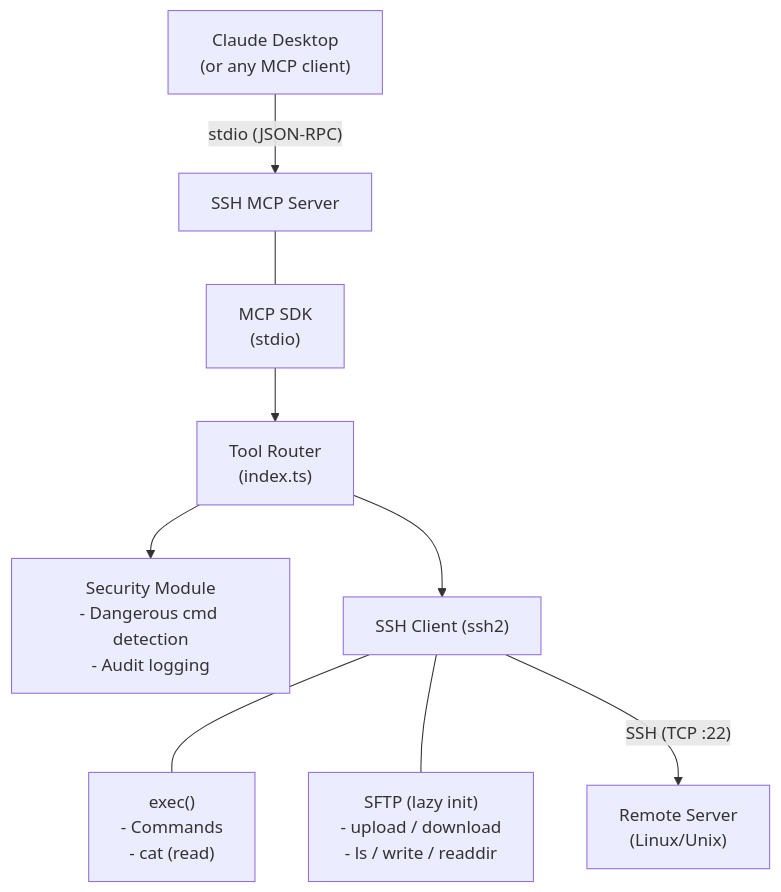
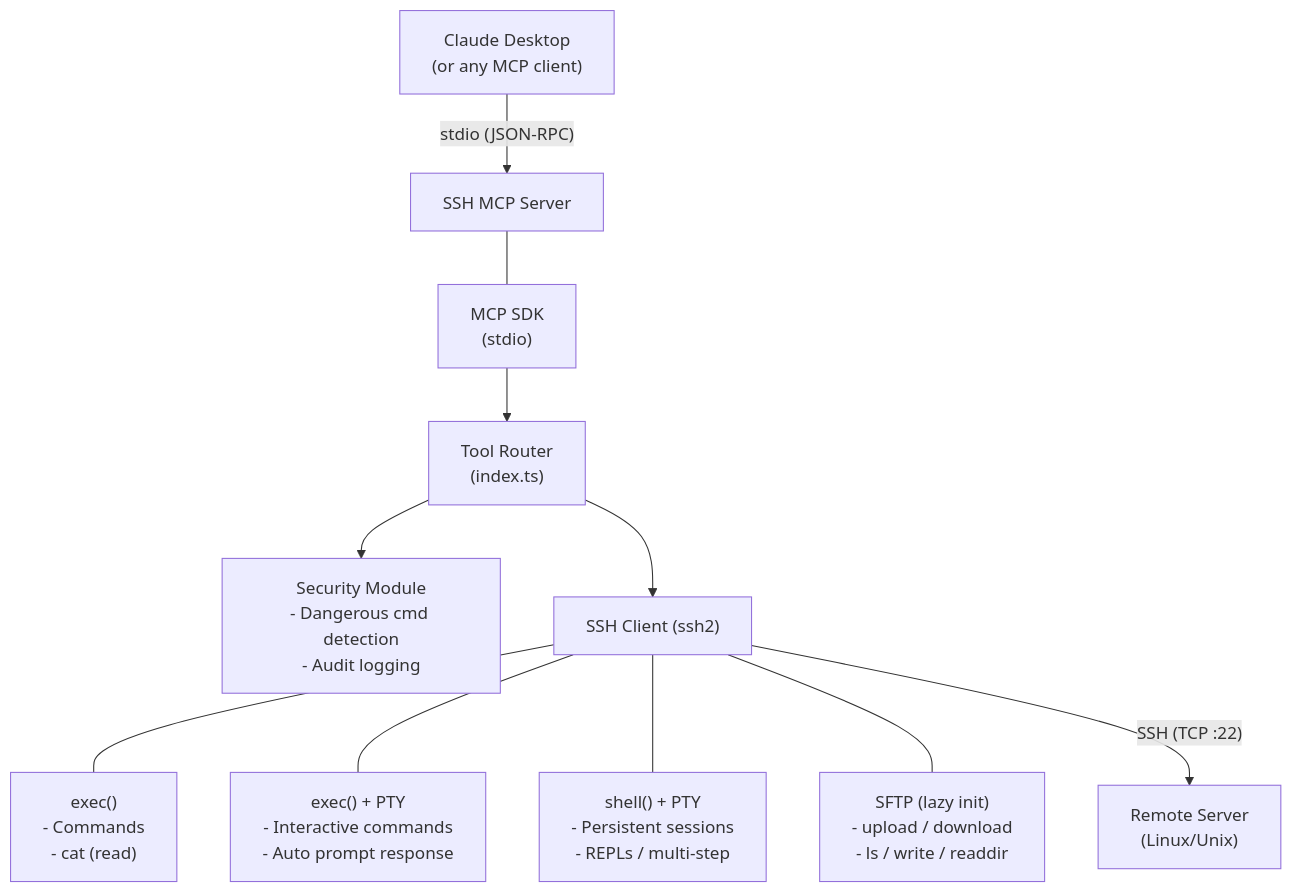
One commit to d3v1an/ssh-mcp changed the first of 3 diagrams in README.md. Above: the diagram before and after it, drawn with Mermaid. The commit also changed other lines of this file and 5 other files, not shown here.

````diff
--- a/README.md
+++ b/README.md
@@ -20,21 +20,25 @@
 ```mermaid
 graph TB
     Client["Claude Desktop<br/>(or any MCP client)"]
     Server["SSH MCP Server"]
     MCP["MCP SDK<br/>(stdio)"]
     Router["Tool Router<br/>(index.ts)"]
     Security["Security Module<br/>- Dangerous cmd detection<br/>- Audit logging"]
     SSH["SSH Client (ssh2)"]
     Exec["exec()<br/>- Commands<br/>- cat (read)"]
+    Interactive["exec() + PTY<br/>- Interactive commands<br/>- Auto prompt response"]
+    Shell["shell() + PTY<br/>- Persistent sessions<br/>- REPLs / multi-step"]
     SFTP["SFTP (lazy init)<br/>- upload / download<br/>- ls / write / readdir"]
     Remote["Remote Server<br/>(Linux/Unix)"]
 
     Client -->|"stdio (JSON-RPC)"| Server
     Server --- MCP
     MCP --> Router
     Router --> Security
     Router --> SSH
     SSH --- Exec
+    SSH --- Interactive
+    SSH --- Shell
     SSH --- SFTP
     SSH -->|"SSH (TCP :22)"| Remote
 ```
````
